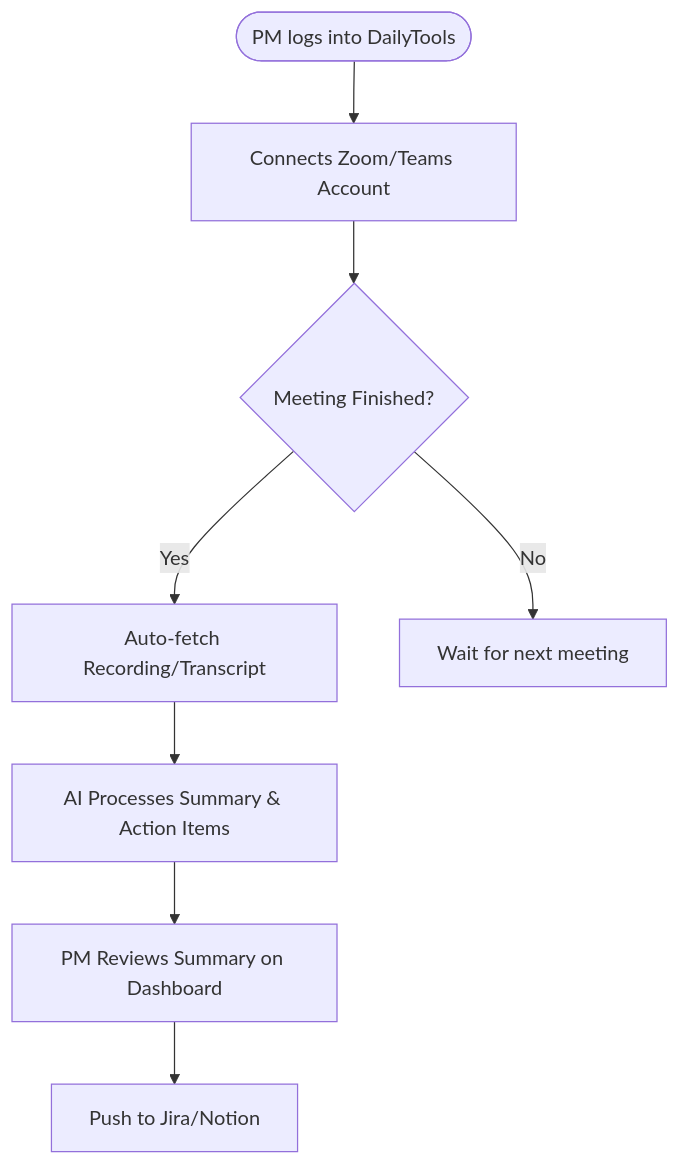
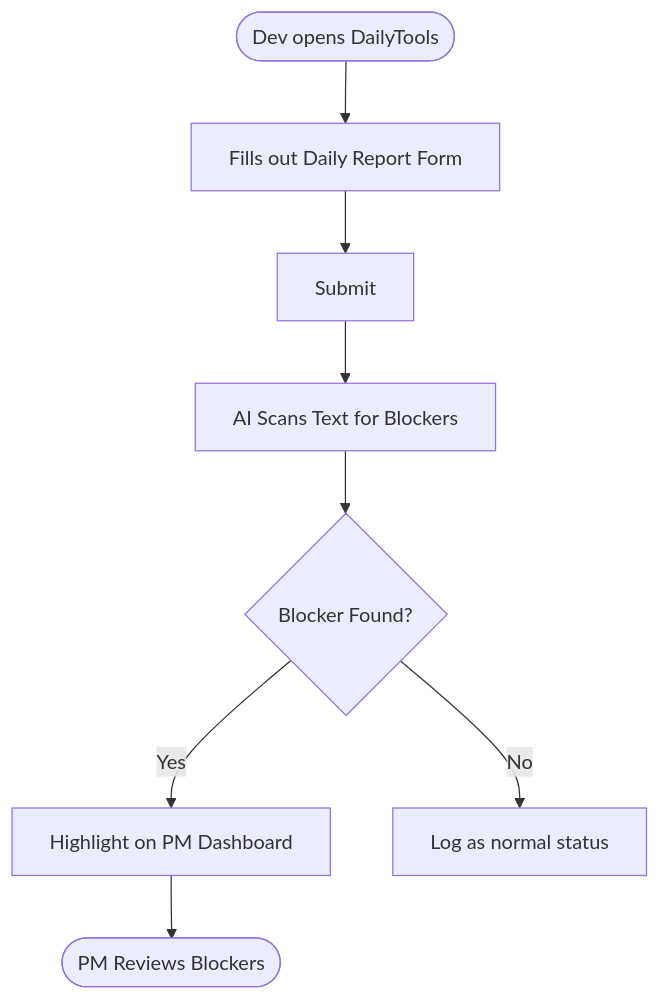
One commit to hiennv219/ai-presale-workflow changed the diagram in projects/2026-05-16-dailytools/workspace/final-proposal.md. Above: the diagram before and after it, drawn with Mermaid. The commit also changed other lines of this file and 27 other files, not shown here.

````diff
--- a/projects/2026-05-16-dailytools/workspace/final-proposal.md
+++ b/projects/2026-05-16-dailytools/workspace/final-proposal.md
@@ -68,10 +63,10 @@
 ```mermaid
 graph TD
-    A([PM logs into DailyTools]) --> B[Connects Zoom/Teams Account]
-    B --> C{Meeting Finished?}
-    C -- Yes --> D[Auto-fetch Recording/Transcript]
-    D --> E[AI Processes Summary & Action Items]
-    E --> F[PM Reviews Summary on Dashboard]
-    F --> G[Push to Jira/Notion]
-    C -- No --> H[Wait for next meeting]
+    A([Dev opens DailyTools]) --> B[Fills out Daily Report Form]
+    B --> C[Submit]
+    C --> D[AI Scans Text for Blockers]
+    D --> E{Blocker Found?}
+    E -- Yes --> F[Highlight on PM Dashboard]
+    E -- No --> G[Log as normal status]
+    F --> H([PM Reviews Blockers])
 ```
````
